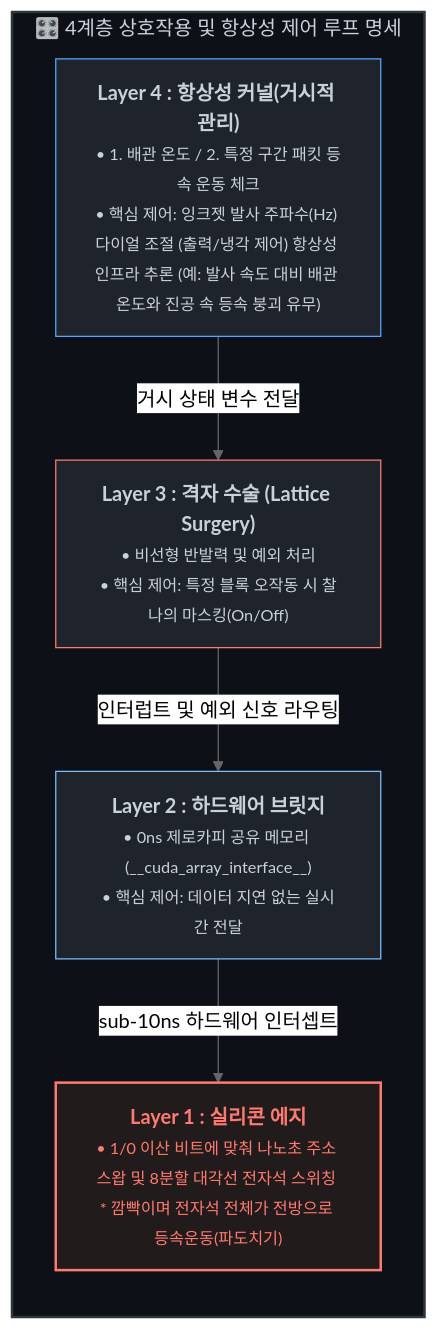
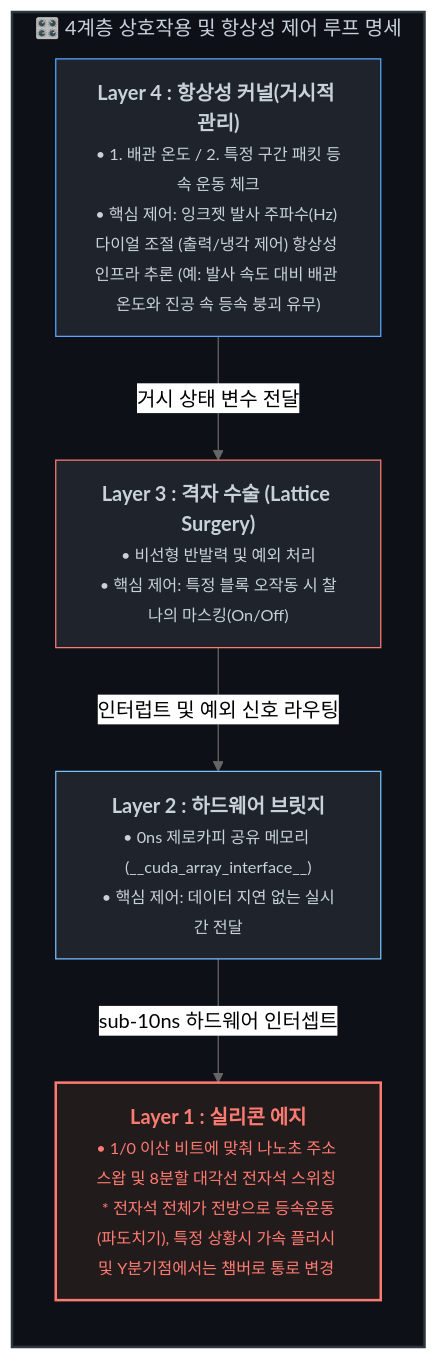
The diagram in README.md (PJHkorea/discrete-filament-router-KR), drawn with Mermaid (neutral theme) before and after one commit.

````diff
--- a/README.md
+++ b/README.md
@@ -36,33 +36,33 @@
 ```mermaid
 graph TD
     %% 전체 제어 루프 구조 정의
     subgraph SYSTEM_LAYERS ["🎛️ 4계층 상호작용 및 항상성 제어 루프 명세"]
         direction TB
 
         %% Layer 4 정의
         L4["<b>Layer 4 : 항상성 커널(거시적 관리)</b><br><font size=2>• 1. 배관 온도 / 2. 특정 구간 패킷 등속 운동 체크<br>• 핵심 제어: 잉크젯 발사 주파수(Hz) 다이얼 조절 (출력/냉각 제어) 항상성 인프라 추론 (예: 발사 속도 대비 배관 온도와 진공 속 등속 붕괴 유무)</font>"]
 
         %% Layer 3 정의
         L3["<b>Layer 3 : 격자 수술 (Lattice Surgery)</b><br><font size=2>• 비선형 반발력 및 예외 처리<br>• 핵심 제어: 특정 블록 오작동 시 찰나의 마스킹(On/Off)</font>"]
 
         %% Layer 2 정의
         L2["<b>Layer 2 : 하드웨어 브릿지</b><br><font size=2>• 0ns 제로카피 공유 메모리 (__cuda_array_interface__)<br>• 핵심 제어: 데이터 지연 없는 실시간 전달</font>"]
 
         %% Layer 1 정의
-        L1["<b>Layer 1 : 실리콘 에지</b><br><font size=2>• 1/0 이산 비트에 맞춰 나노초 주소 스왑 및 8분할 대각선 전자석 스위칭 * 깜빡이며 전자석 전체가 전방으로 등속운동(파도치기)
+        L1["<b>Layer 1 : 실리콘 에지</b><br><font size=2>• 1/0 이산 비트에 맞춰 나노초 주소 스왑 및 8분할 대각선 전자석 스위칭 * 전자석 전체가 전방으로 등속운동(파도치기), 특정 상황시 가속 플러시 및 Y분기점에서는 챔버로 통로 변경 
 </font>"]
 
         %% 하향식 제어 파이프라인 연결
         L4 -->|거시 상태 변수 전달| L3
         L3 -->|인터럽트 및 예외 신호 라우팅| L2
         L2 -->|sub-10ns 하드웨어 인터셉트| L1
     end
 
     %% 🎨 깃허브 파서 안전 규격 스타일링 (줄바꿈 분리)
     style SYSTEM_LAYERS fill:#0d1117,stroke:#30363d,stroke-width:2px,color:#c9d1d9
     
     style L4 fill:#1f242c,stroke:#58a6ff,stroke-width:1px,color:#c9d1d9
     style L3 fill:#1f242c,stroke:#ff7b72,stroke-width:1px,color:#c9d1d9
     style L2 fill:#1f242c,stroke:#79c0ff,stroke-width:1px,color:#c9d1d9
     style L1 fill:#221b1b,stroke:#ff7b72,stroke-width:2px,color:#ff7b72
 ```
````
